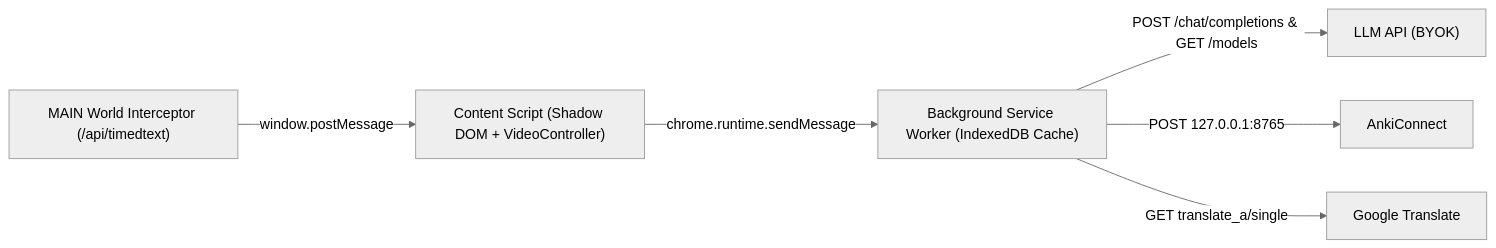
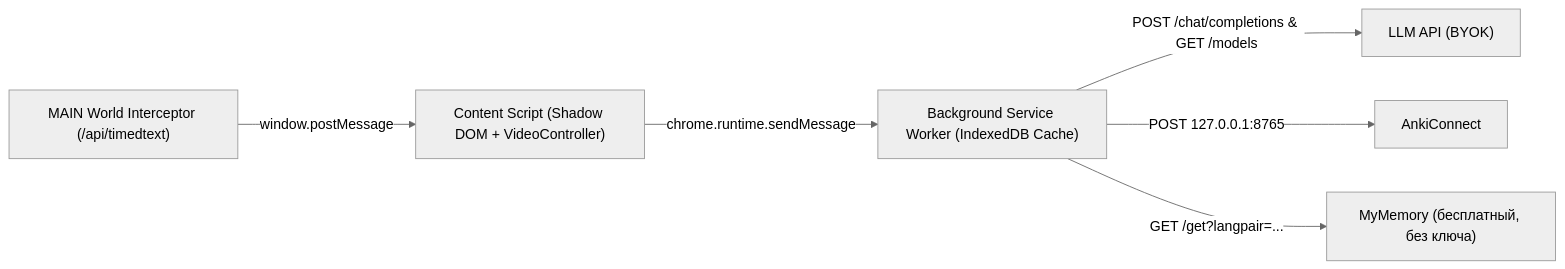
One commit to Andrii-Deineko/YouTubeLangAI changed the diagram in README.md. Above: the diagram before and after it, drawn with Mermaid (neutral theme). The commit also changed other lines of this file, not shown here.

````diff
--- a/README.md
+++ b/README.md
@@ -51,8 +51,8 @@
 ```mermaid
 flowchart LR
   M["MAIN World Interceptor (/api/timedtext)"] -->|window.postMessage| C["Content Script (Shadow DOM + VideoController)"]
   C -->|chrome.runtime.sendMessage| B["Background Service Worker (IndexedDB Cache)"]
   B -->|POST /chat/completions & GET /models| L["LLM API (BYOK)"]
   B -->|POST 127.0.0.1:8765| A["AnkiConnect"]
-  B -->|GET translate_a/single| T["Google Translate"]
+  B -->|GET /get?langpair=...| T["MyMemory (бесплатный, без ключа)"]
 ```
````
